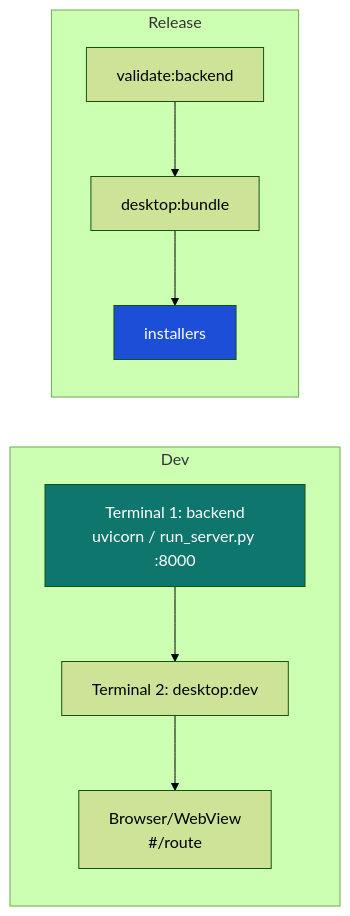
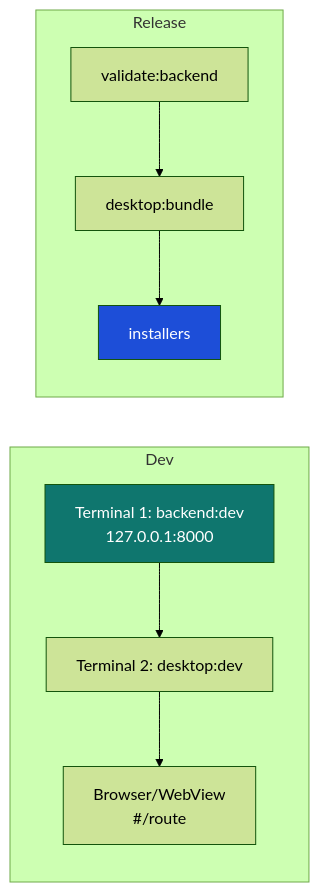
One commit to quantglass-labs/quantglass changed the diagram in docs/technical/10-development.md. Above: the diagram before and after it, drawn with Mermaid (forest theme). The commit also changed other lines of this file and 45 other files, not shown here.

````diff
--- a/docs/technical/10-development.md
+++ b/docs/technical/10-development.md
@@ -48,13 +52,13 @@
 ```mermaid
 flowchart LR
     subgraph Dev
-        A[Terminal 1: backend<br/>uvicorn / run_server.py :8000] --> B[Terminal 2: desktop:dev]
+        A[Terminal 1: backend:dev<br/>127.0.0.1:8000] --> B[Terminal 2: desktop:dev]
         B --> C[Browser/WebView<br/>#/route]
     end
     subgraph Release
         D[validate:backend] --> E[desktop:bundle]
         E --> F[installers]
     end
     style A fill:#0f766e,color:#fff
     style F fill:#1d4ed8,color:#fff
 ```
````
